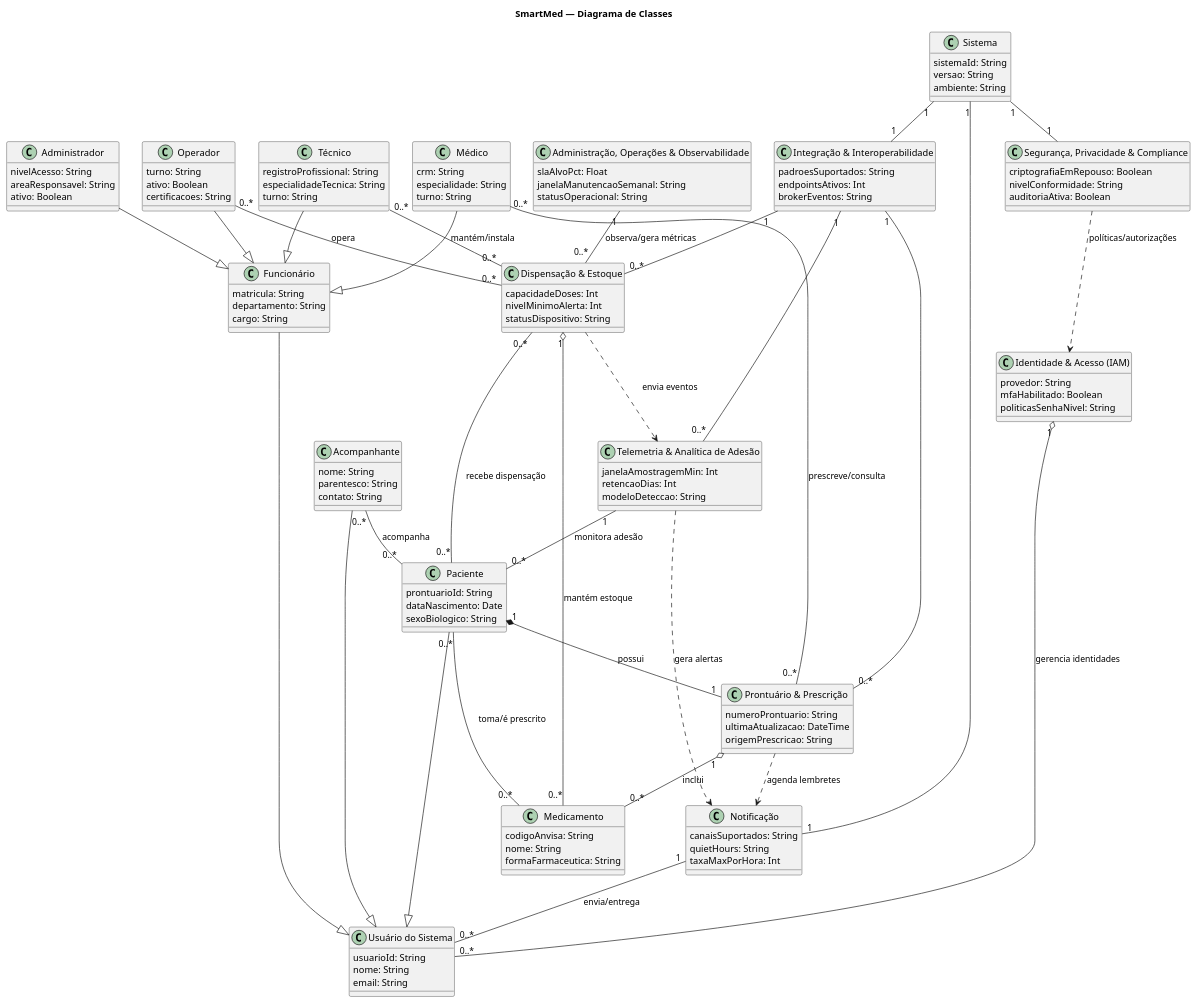
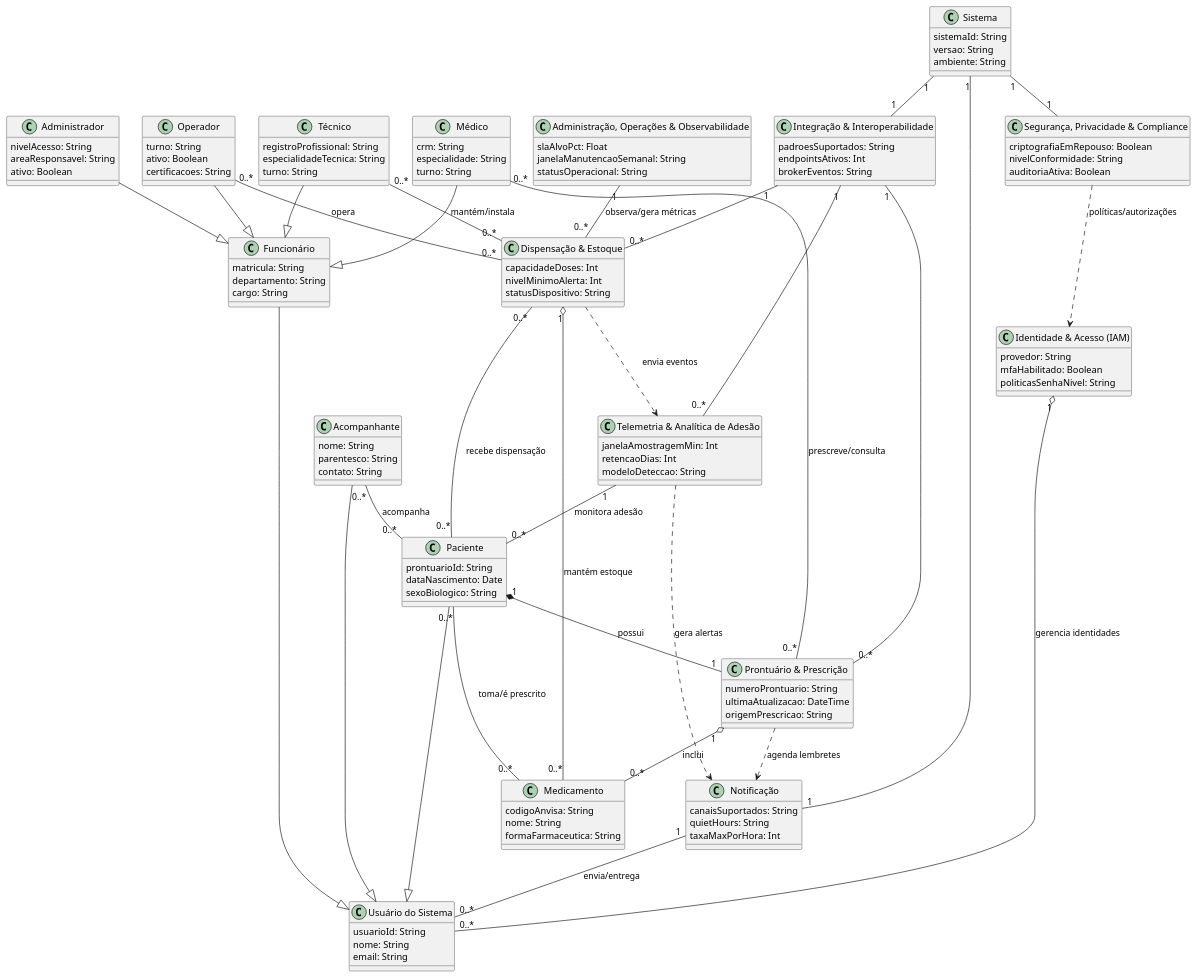
The diagram in DescricaoAtividadesRealizadas/AvaliacaoDiretrizes/Sistema4-SmartMed/diagramaClasses-SmartMed.puml (carloshenriquehannas/TCC), drawn with PlantUML before and after one commit. The commit also changed 25 other files, not shown here.

```diff
--- a/DescricaoAtividadesRealizadas/AvaliacaoDiretrizes/Sistema4-SmartMed/diagramaClasses-SmartMed.puml
+++ b/DescricaoAtividadesRealizadas/AvaliacaoDiretrizes/Sistema4-SmartMed/diagramaClasses-SmartMed.puml
@@ -1,164 +1,163 @@
 @startuml diagramaClasses-smartmed
-title SmartMed — Diagrama de Classes 
 'left to right direction
 'skinparam linetype ortho
 
 ' =========================
 ' Atores (como classes)
 ' =========================
 class "Usuário do Sistema" as UsuarioDoSistema {
   usuarioId: String
   nome: String
   email: String
 }
 class "Funcionário" as Funcionario {
   matricula: String
   departamento: String
   cargo: String
 }
 class "Paciente" as Paciente {
   prontuarioId: String
   dataNascimento: Date
   sexoBiologico: String
 }
 class "Operador" as Operador {
   turno: String
   ativo: Boolean
   certificacoes: String
 }
 class "Médico" as Medico {
   crm: String
   especialidade: String
   turno: String
 }
 class "Técnico" as Tecnico {
   registroProfissional: String
   especialidadeTecnica: String
   turno: String
 }
 class "Acompanhante" as Acompanhante {
   nome: String
   parentesco: String
   contato: String
 }
 class "Administrador" as Administrador {
   nivelAcesso: String
   areaResponsavel: String
   ativo: Boolean
 }
 class "Sistema" as Sistema {
   sistemaId: String
   versao: String
   ambiente: String
 }
 
 ' =========================
 ' Serviços / Domínio (dos componentes)
 ' =========================
 class "Integração & Interoperabilidade" as IntegracaoInteroperabilidade {
   padroesSuportados: String
   endpointsAtivos: Int
   brokerEventos: String
 }
 class "Identidade & Acesso (IAM)" as IdentidadeAcessoIAM {
   provedor: String
   mfaHabilitado: Boolean
   politicasSenhaNivel: String
 }
 class "Notificação" as Notificacao {
   canaisSuportados: String
   quietHours: String
   taxaMaxPorHora: Int
 }
 class "Telemetria & Analítica de Adesão" as TelemetriaAnaliticaAdesao {
   janelaAmostragemMin: Int
   retencaoDias: Int
   modeloDeteccao: String
 }
 class "Dispensação & Estoque" as DispensacaoEstoque {
   capacidadeDoses: Int
   nivelMinimoAlerta: Int
   statusDispositivo: String
 }
 class "Prontuário & Prescrição" as ProntuarioPrescricao {
   numeroProntuario: String
   ultimaAtualizacao: DateTime
   origemPrescricao: String
 }
 class "Segurança, Privacidade & Compliance" as SegurancaPrivacidadeCompliance {
   criptografiaEmRepouso: Boolean
   nivelConformidade: String
   auditoriaAtiva: Boolean
 }
 class "Administração, Operações & Observabilidade" as AdministracaoOperacoesObservabilidade {
   slaAlvoPct: Float
   janelaManutencaoSemanal: String
   statusOperacional: String
 }
 
 ' =========================
 ' Nova classe solicitada
 ' =========================
 class "Medicamento" as Medicamento {
   codigoAnvisa: String
   nome: String
   formaFarmaceutica: String
 }
 
 ' =========================
 ' Heranças (mantidas)
 ' =========================
 Funcionario --|> UsuarioDoSistema
 Paciente --|> UsuarioDoSistema
 Acompanhante --|> UsuarioDoSistema
 Operador --|> Funcionario
 Medico --|> Funcionario
 Tecnico --|> Funcionario
 Administrador --|> Funcionario
 
 ' =========================
 ' Composições / Agregações principais
 ' =========================
 Paciente "1" *-- "1" ProntuarioPrescricao : possui
 ProntuarioPrescricao "1" o-- "0..*" Medicamento : inclui
 IdentidadeAcessoIAM "1" o-- "0..*" UsuarioDoSistema : gerencia identidades
 DispensacaoEstoque "1" o-- "0..*" Medicamento : mantém estoque
 
 ' =========================
 ' Associações de domínio (com multiplicidades)
 ' =========================
 Paciente "0..*" -- "0..*" Medicamento : toma/é prescrito
 Tecnico "0..*" -- "0..*" DispensacaoEstoque : mantém/instala
 Operador "0..*" -- "0..*" DispensacaoEstoque : opera
 Paciente "0..*" -- "0..*" DispensacaoEstoque : recebe dispensação
 Medico "0..*" -- "0..*" ProntuarioPrescricao : prescreve/consulta
 Acompanhante "0..*" -- "0..*" Paciente : acompanha
 
 ' Notificações para usuários
 Notificacao "1" -- "0..*" UsuarioDoSistema : envia/entrega
 
 ' Telemetria e observabilidade
 TelemetriaAnaliticaAdesao "1" -- "0..*" Paciente : monitora adesão
 AdministracaoOperacoesObservabilidade "1" -- "0..*" DispensacaoEstoque : observa/gera métricas
 
 ' Integração entre serviços (associações/dependências)
 IntegracaoInteroperabilidade "1" -- "0..*" ProntuarioPrescricao
 IntegracaoInteroperabilidade "1" -- "0..*" DispensacaoEstoque
 IntegracaoInteroperabilidade "1" -- "0..*" TelemetriaAnaliticaAdesao
 
 ' =========================
 ' Dependências entre serviços (fluxos/uso)
 ' =========================
 TelemetriaAnaliticaAdesao ..> Notificacao : gera alertas
 DispensacaoEstoque ..> TelemetriaAnaliticaAdesao : envia eventos
 ProntuarioPrescricao ..> Notificacao : agenda lembretes
 SegurancaPrivacidadeCompliance ..> IdentidadeAcessoIAM : políticas/autorizações
 
 ' =========================
 ' Restrições do "Sistema" (apenas com integração, segurança e notificação)
 ' =========================
 Sistema "1" -- "1" IntegracaoInteroperabilidade
 Sistema "1" -- "1" SegurancaPrivacidadeCompliance
 Sistema "1" -- "1" Notificacao
 
 @enduml
```
